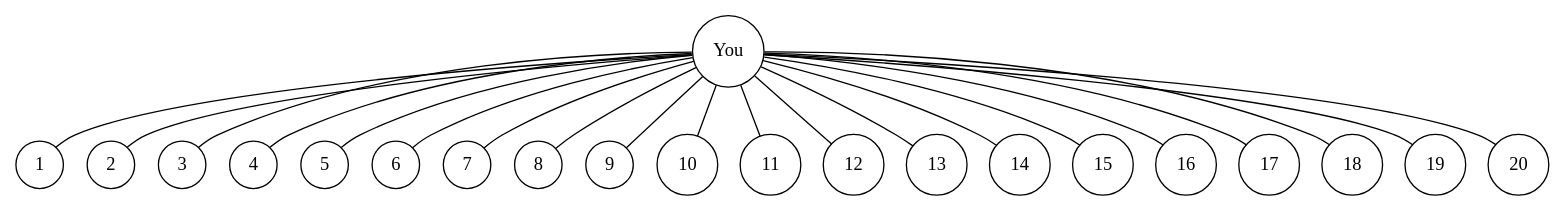
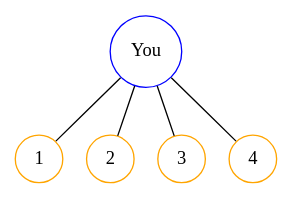
Before and after one commit to DhruvDh/itsc-2214-readings: the first of 24 diagrams in 21_graphs.qmd, drawn with Graphviz. The commit also changed other lines of this file and 18 other files, not shown here.

Commit message:
improved graphs chapter

````diff
--- a/21_graphs.qmd
+++ b/21_graphs.qmd
@@ -7,8 +9,14 @@
 ```{dot}
-//| label: fig-instagram-followers
-//| fig-cap: "A representation of your Instagram followers."
+//| label: fig-instagram-followers-simple
+//| fig-cap: "A simplified representation of your Instagram followers. You (Y, colored in blue) are connected to four followers (1-4, colored in orange). Each line represents a connection (follows)."
 graph G {
   node [shape=circle];
-  You -- {1, 2, 3, 4, 5, 6, 7, 8, 9, 10, 11, 12, 13, 14, 15, 16, 17, 18, 19, 20};
+  Y [label="You", color="blue"]
+  Follower1 [label="1", color="orange"]
+  Follower2 [label="2", color="orange"]
+  Follower3 [label="3", color="orange"]
+  Follower4 [label="4", color="orange"]
+  
+  Y -- {Follower1, Follower2, Follower3, Follower4};
 }
 ```
````
